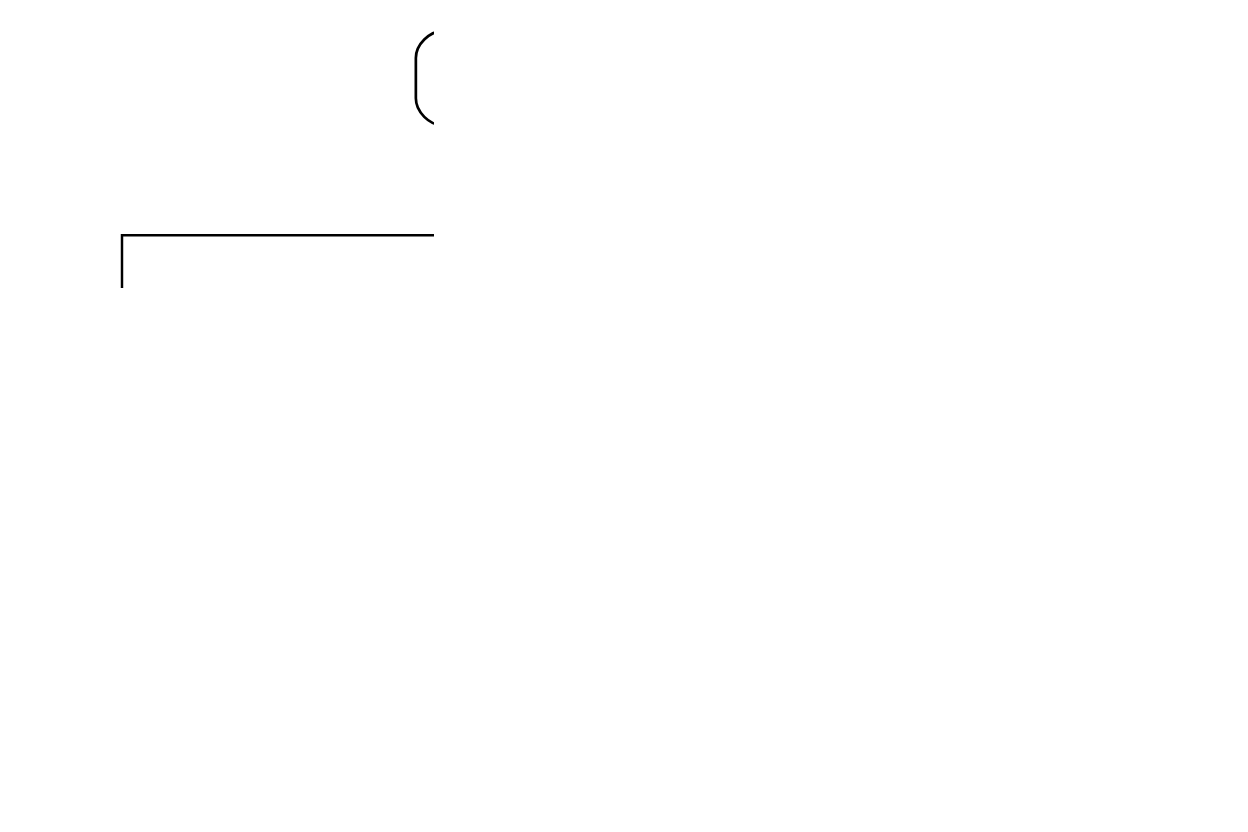
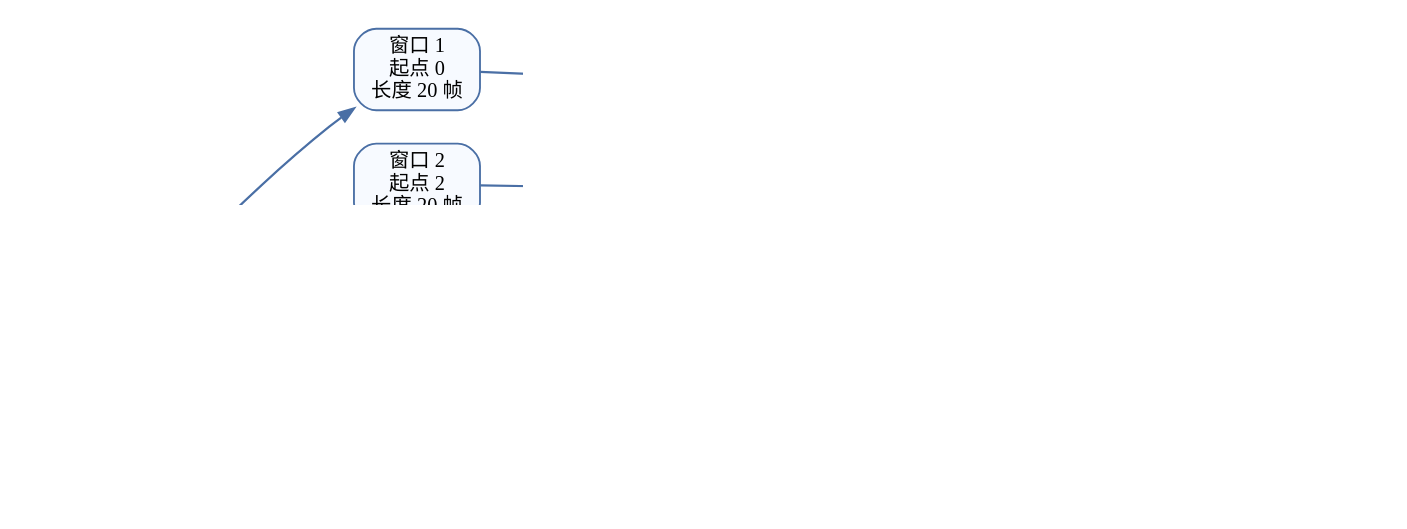
One commit to maydayyezhen/thesis-latex changed the diagram in diagrams/chapter06/sliding-window.dot. Above: the diagram before and after it, drawn with Graphviz. The commit also changed 25 other files, not shown here.

```diff
--- a/diagrams/chapter06/sliding-window.dot
+++ b/diagrams/chapter06/sliding-window.dot
@@ -1,84 +1,41 @@
-digraph G {
-  graph [
-    rankdir=TB,
-    splines=ortho,
-    nodesep=0.40,
-    ranksep=0.48,
-    pad=0.18,
-    dpi=220,
-    bgcolor="white",
-    newrank="true"
-  ];
+digraph SlidingWindow {
+    rankdir=LR;
+    graph [dpi=200, bgcolor="white", pad="0.2"];
+    node [shape=box, style="rounded,filled", fillcolor="#F7FAFF", color="#4A6FA5", fontname="Microsoft YaHei", fontsize=11];
+    edge [color="#4A6FA5", penwidth=1.2, arrowsize=0.8];
 
-  node [
-    shape=box,
-    style="rounded",
-    color="black",
-    penwidth=1.2,
-    fontname="Microsoft YaHei",
-    fontsize=13,
-    margin="0.18,0.10"
-  ];
+    input [label="句子视频帧序列\nFrame 0 ... Frame n-1", fillcolor="#EAF2FF"];
 
-  edge [
-    color="black",
-    arrowsize=0.75,
-    penwidth=1.1,
-    fontname="Microsoft YaHei",
-    fontsize=11
-  ];
+    win1 [label="窗口 1\n起点 0\n长度 20 帧"];
+    win2 [label="窗口 2\n起点 2\n长度 20 帧"];
+    win3 [label="窗口 3\n起点 4\n长度 20 帧"];
+    more [label="...\n按步长继续滑动", fillcolor="#FFF7E6"];
+    last [label="末尾补充窗口\n覆盖视频尾部", fillcolor="#FFEFEF"];
 
-  seq [
-    label="帧级检测结果序列\n0, 1, 2, ..., total_frames-1"
-  ];
+    feat1 [label="20 × 232\n窗口特征矩阵"];
+    feat2 [label="20 × 232\n窗口特征矩阵"];
+    feat3 [label="20 × 232\n窗口特征矩阵"];
+    featL [label="20 × 232\n窗口特征矩阵"];
 
-  note [
-    label="窗口长度 = 20\n步长 = 2"
-  ];
+    batch [label="批量推理输入\nNw × 20 × 232", fillcolor="#E8FFF1"];
+    model [label="词级分类模型\n批量推理", fillcolor="#E8FFF1"];
+    result [label="逐窗口预测结果\n词段合并与过滤", fillcolor="#E8FFF1"];
 
-  w1 [
-    label="窗口 1\nstart = 0\nend = 19"
-  ];
+    input -> win1;
+    input -> win2;
+    input -> win3;
+    input -> more;
+    input -> last;
 
-  w2 [
-    label="窗口 2\nstart = 2\nend = 21"
-  ];
+    win1 -> feat1;
+    win2 -> feat2;
+    win3 -> feat3;
+    last -> featL;
 
-  w3 [
-    label="窗口 3\nstart = 4\nend = 23"
-  ];
+    feat1 -> batch;
+    feat2 -> batch;
+    feat3 -> batch;
+    featL -> batch;
 
-  wdots [
-    label="..."
-  ];
-
-  wlast [
-    label="最后窗口\nstart = last_start\nend = last_start + 19"
-  ];
-
-  feature [
-    label="逐窗口构造特征\n每个窗口 → 20×232"
-  ];
-
-  batch [
-    label="批量推理输入\nX ∈ R^{window_count×20×232}"
-  ];
-
-  seq -> note;
-
-  note -> w1;
-  note -> w2;
-  note -> w3;
-  note -> wdots;
-  note -> wlast;
-
-  { rank=same; w1; w2; w3; wdots; wlast; }
-
-  w1 -> feature;
-  w2 -> feature;
-  w3 -> feature;
-  wdots -> feature;
-  wlast -> feature;
-
-  feature -> batch;
+    batch -> model -> result;
 }
```
